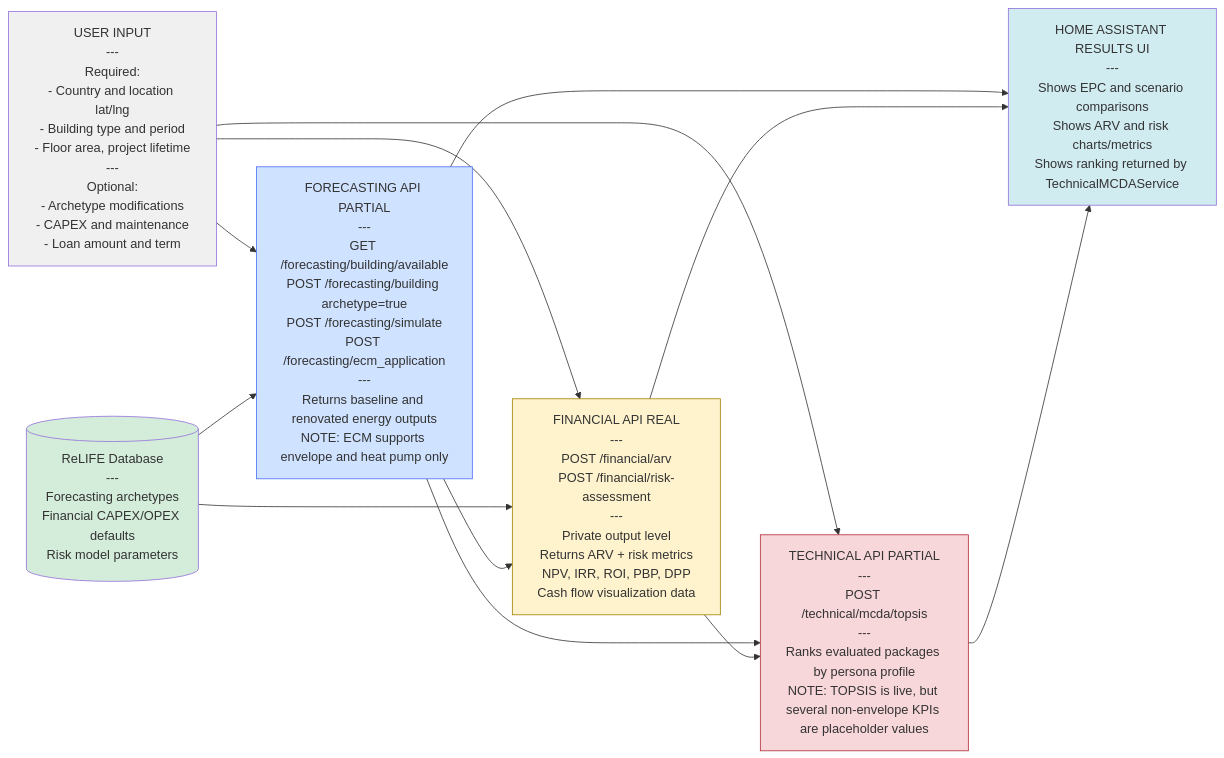
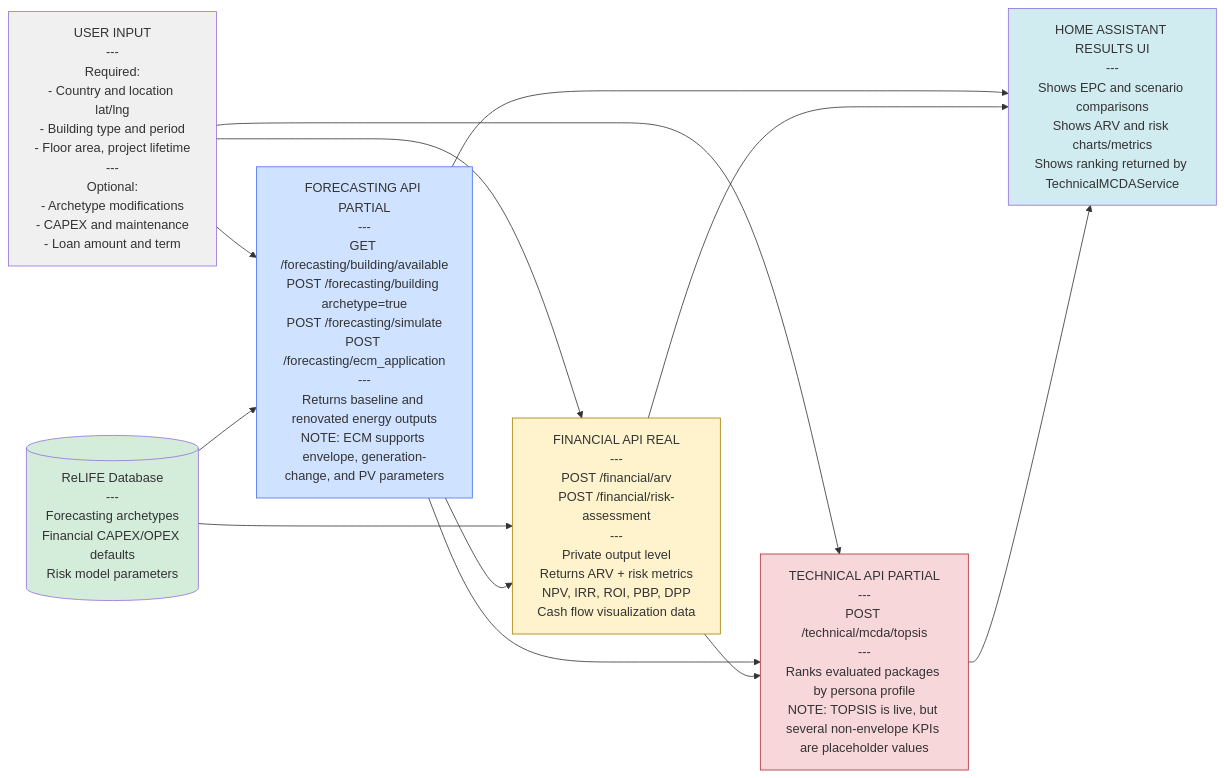
The second of 6 diagrams in README.md (ReLIFE-Project-EU/relife-web-ui), drawn with Mermaid before and after one commit. The commit also changed other lines of this file, not shown here.

Commit message:
📝 Update renovation architecture docs

````diff
--- a/README.md
+++ b/README.md
@@ -81,33 +81,33 @@
 ```mermaid
 flowchart LR
     UserInput["USER INPUT<br/>---<br/>Required:<br/>- Country and location lat/lng<br/>- Building type and period<br/>- Floor area, project lifetime<br/>---<br/>Optional:<br/>- Archetype modifications<br/>- CAPEX and maintenance<br/>- Loan amount and term"]
 
     DB[("ReLIFE Database<br/>---<br/>Forecasting archetypes<br/>Financial CAPEX/OPEX defaults<br/>Risk model parameters")]
 
-    Forecasting["FORECASTING API PARTIAL<br/>---<br/>GET /forecasting/building/available<br/>POST /forecasting/building archetype=true<br/>POST /forecasting/simulate<br/>POST /forecasting/ecm_application<br/>---<br/>Returns baseline and renovated energy outputs<br/>NOTE: ECM supports envelope and heat pump only"]
+    Forecasting["FORECASTING API PARTIAL<br/>---<br/>GET /forecasting/building/available<br/>POST /forecasting/building archetype=true<br/>POST /forecasting/simulate<br/>POST /forecasting/ecm_application<br/>---<br/>Returns baseline and renovated energy outputs<br/>NOTE: ECM supports envelope, generation-change, and PV parameters"]
 
     Financial["FINANCIAL API REAL<br/>---<br/>POST /financial/arv<br/>POST /financial/risk-assessment<br/>---<br/>Private output level<br/>Returns ARV + risk metrics<br/>NPV, IRR, ROI, PBP, DPP<br/>Cash flow visualization data"]
 
     Technical["TECHNICAL API PARTIAL<br/>---<br/>POST /technical/mcda/topsis<br/>---<br/>Ranks evaluated packages by persona profile<br/>NOTE: TOPSIS is live, but several non-envelope KPIs are placeholder values"]
 
     Output["HOME ASSISTANT RESULTS UI<br/>---<br/>Shows EPC and scenario comparisons<br/>Shows ARV and risk charts/metrics<br/>Shows ranking returned by TechnicalMCDAService"]
 
     UserInput --> Forecasting
     DB --> Forecasting
     UserInput --> Financial
     DB --> Financial
     UserInput --> Technical
     Forecasting --> Financial
     Forecasting --> Output
     Financial --> Output
     Forecasting --> Technical
     Financial --> Technical
     Technical --> Output
 
     style UserInput fill:#f0f0f0
     style DB fill:#d4edda
     style Forecasting fill:#cfe2ff,stroke:#4c6ef5
     style Financial fill:#fff3cd,stroke:#a37f00
     style Technical fill:#f8d7da,stroke:#b02a37
     style Output fill:#d1ecf1
 ```
````
